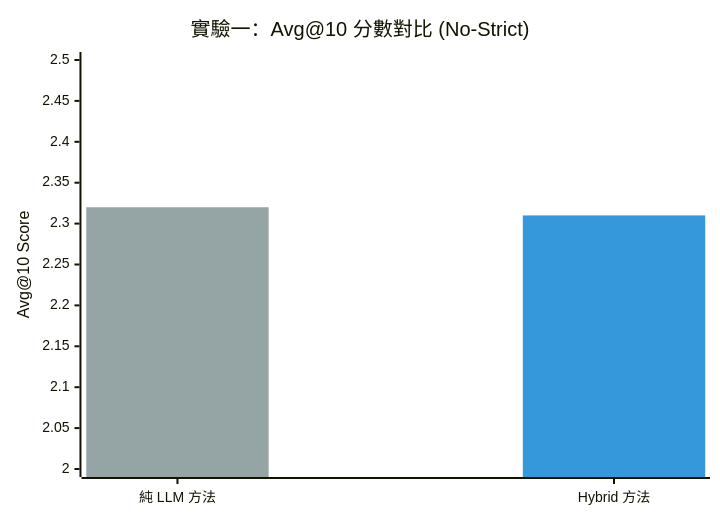
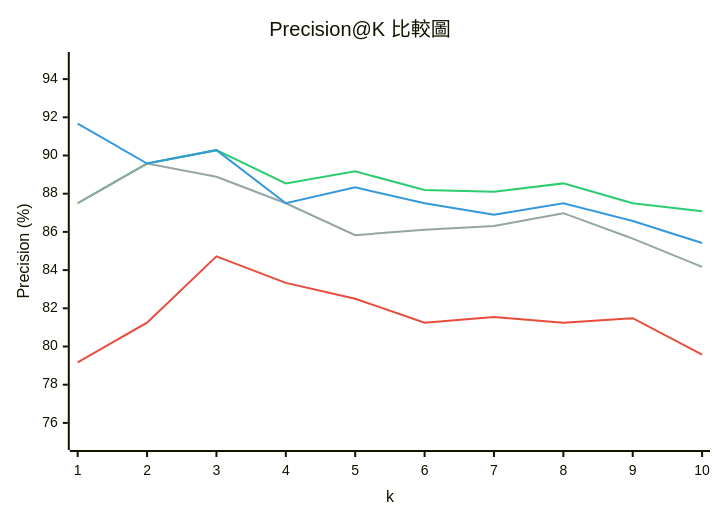
The third of 13 diagrams in docs/report.md (wangicheng/hybrid-reasoner), drawn with Mermaid before and after one commit. The commit also changed other lines of this file and 9 other files, not shown here.

````diff
--- a/docs/report.md
+++ b/docs/report.md
@@ -192,9 +200,11 @@
 ```mermaid
-%%{init: { 'themeVariables': { 'xyChart': { 'plotColorPalette': '#95A5A6, #3498DB' } } } }%%
+%%{init: { 'themeVariables': { 'xyChart': { 'plotColorPalette': '#E74C3C, #2ECC71, #95A5A6, #3498DB' } } } }%%
 xychart-beta
-    title "實驗一：Avg@10 分數對比 (No-Strict)"
-    x-axis ["純 LLM 方法", "Hybrid 方法"]
-    y-axis "Avg@10 Score" 2.0 --> 2.5
-    bar [2.32, 0]
-    bar [0, 2.31]
+    title "Precision@K 比較圖"
+    x-axis "k" [1, 2, 3, 4, 5, 6, 7, 8, 9, 10]
+    y-axis "Precision (%)" 75 --> 95
+    line [79.17, 81.25, 84.72, 83.33, 82.50, 81.25, 81.55, 81.25, 81.48, 79.58]
+    line [87.50, 89.58, 90.28, 88.54, 89.17, 88.19, 88.10, 88.54, 87.50, 87.08]
+    line [87.50, 89.58, 88.89, 87.50, 85.83, 86.11, 86.31, 86.98, 85.65, 84.17]
+    line [91.67, 89.58, 90.28, 87.50, 88.33, 87.50, 86.90, 87.50, 86.57, 85.42]
 ```
````
